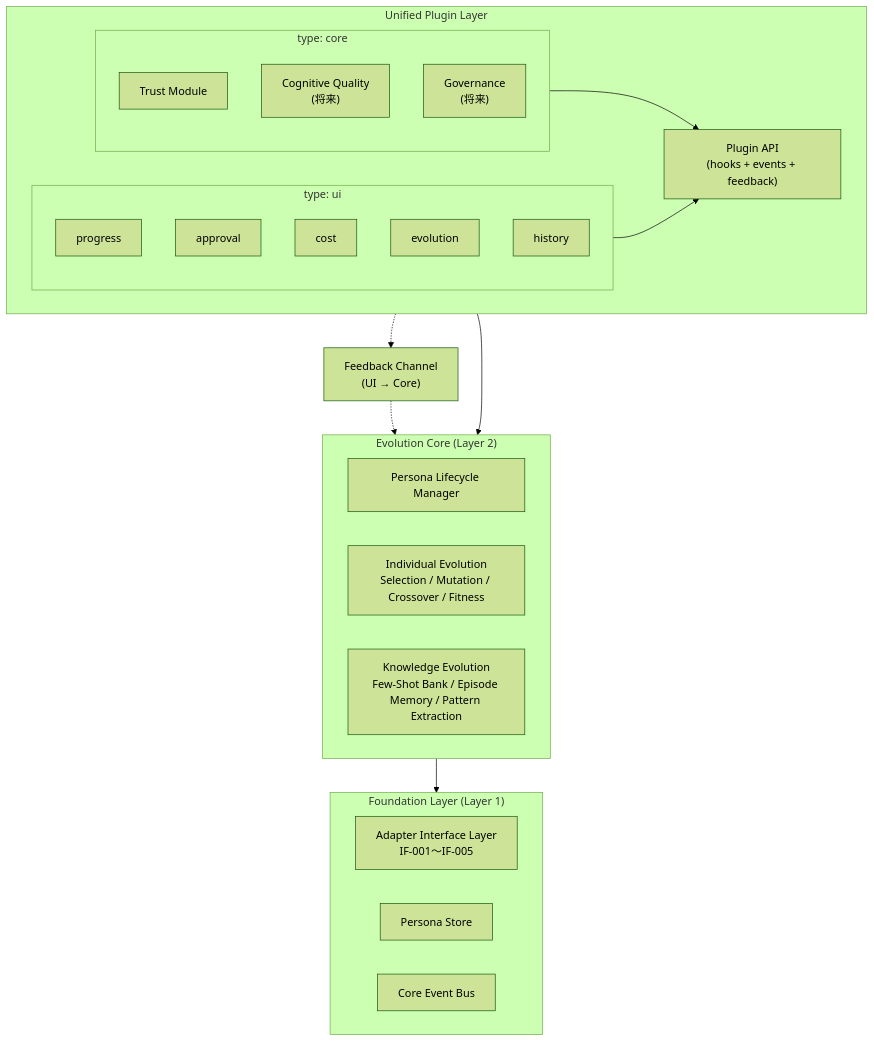
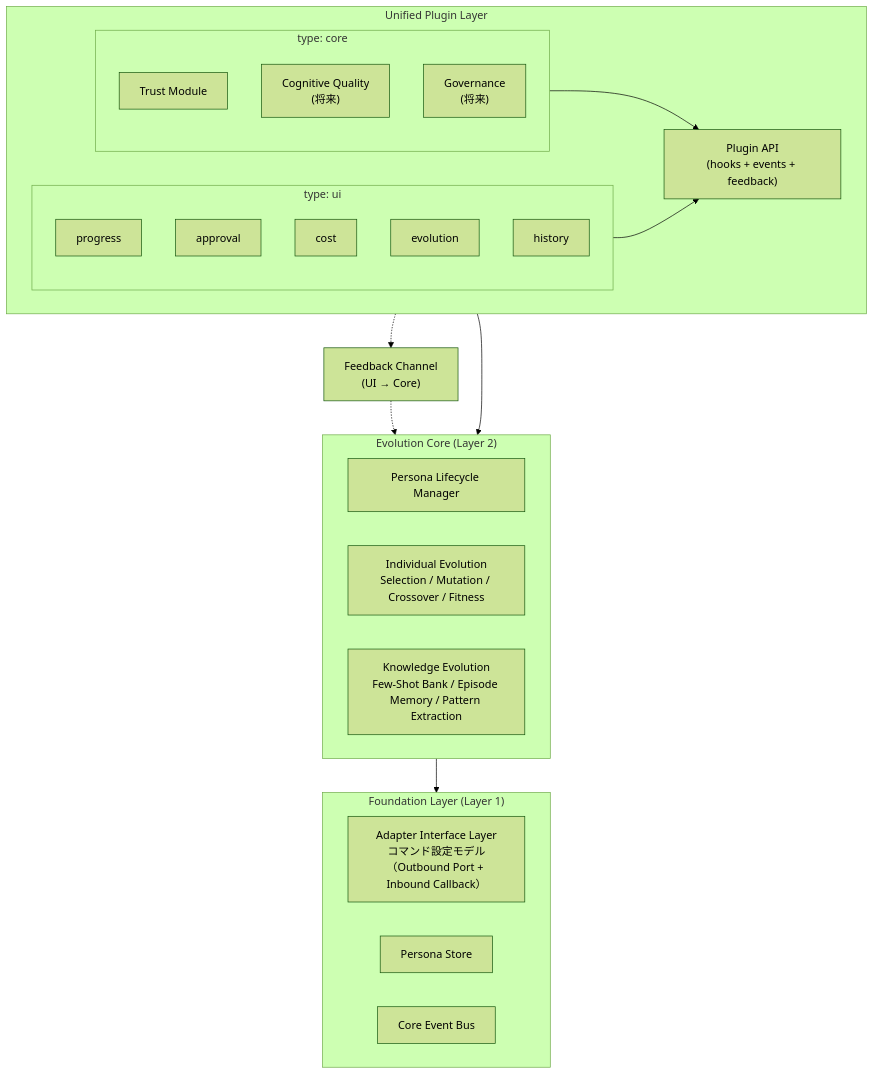
The first of 3 diagrams in docs/design.md (skaji18/tanebi), drawn with Mermaid (forest theme) before and after one commit. The commit also changed other lines of this file and 8 other files, not shown here.

````diff
--- a/docs/design.md
+++ b/docs/design.md
@@ -60,39 +60,39 @@
 ```mermaid
 graph TD
     subgraph UPL["Unified Plugin Layer"]
         direction LR
         subgraph CP["type: core"]
             TM["Trust Module"]
             CQ["Cognitive Quality<br/>(将来)"]
             GM["Governance<br/>(将来)"]
         end
         subgraph UP["type: ui"]
             PR["progress"]
             AP["approval"]
             CS["cost"]
             EV["evolution"]
             HI["history"]
         end
         PA["Plugin API<br/>(hooks + events + feedback)"]
         CP --> PA
         UP --> PA
     end
 
     subgraph EC["Evolution Core (Layer 2)"]
         PLM["Persona Lifecycle Manager"]
         IE["Individual Evolution<br/>Selection / Mutation / Crossover / Fitness"]
         KE["Knowledge Evolution<br/>Few-Shot Bank / Episode Memory / Pattern Extraction"]
     end
 
     subgraph FL["Foundation Layer (Layer 1)"]
-        AIL["Adapter Interface Layer<br/>IF-001〜IF-005"]
+        AIL["Adapter Interface Layer<br/>コマンド設定モデル（Outbound Port + Inbound Callback）"]
         PS["Persona Store"]
         CEB["Core Event Bus"]
     end
 
     PA --> EC
     EC --> FL
 
     FC["Feedback Channel<br/>(UI → Core)"]
     UP -.-> FC -.-> EC
 ```
````
